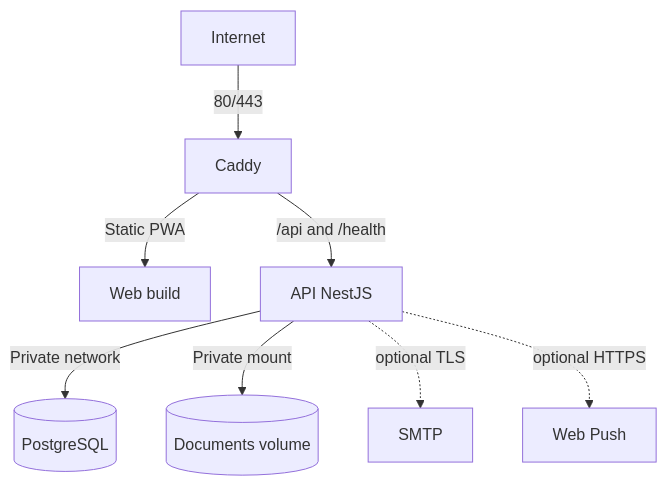
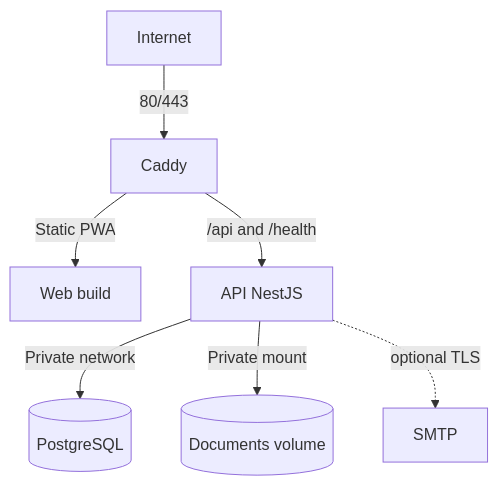
The diagram in docs/DEPLOYMENT.md (OddALaCream/Bell7738-erp), drawn with Mermaid before and after one commit. The commit also changed other lines of this file and 15 other files, not shown here.

Commit message:
feat(web): honor DASHBOARD_VIEW; docs: sync API/RBAC/product/architecture with the integrated implementation and close the frontend gaps

````diff
--- a/docs/DEPLOYMENT.md
+++ b/docs/DEPLOYMENT.md
@@ -20,10 +20,9 @@
 ```mermaid
 flowchart TD
     I[Internet] -->|80/443| C[Caddy]
     C -->|Static PWA| W[Web build]
     C -->|/api and /health| A[API NestJS]
     A -->|Private network| P[(PostgreSQL)]
     A -->|Private mount| D[(Documents volume)]
     A -. optional TLS .-> S[SMTP]
-    A -. optional HTTPS .-> V[Web Push]
 ```
````
